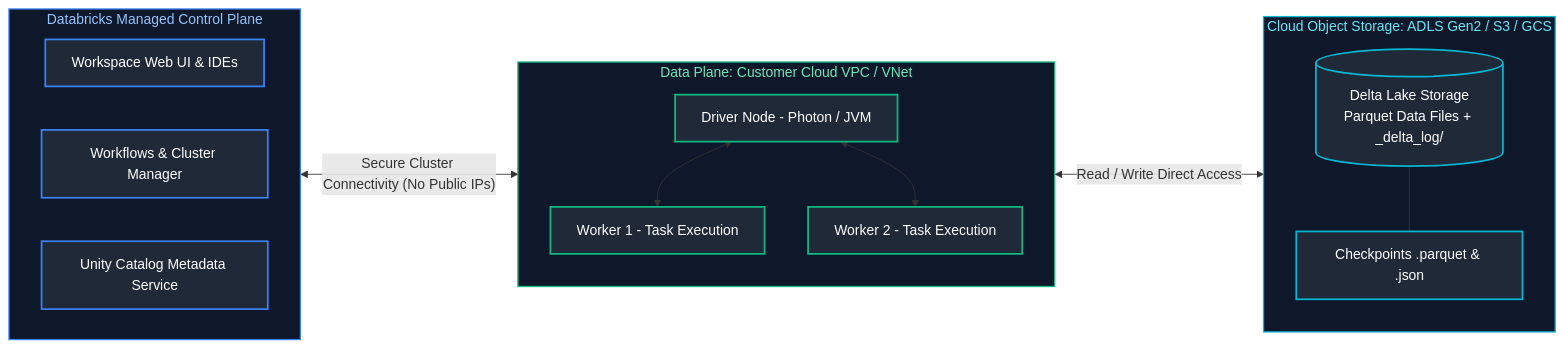
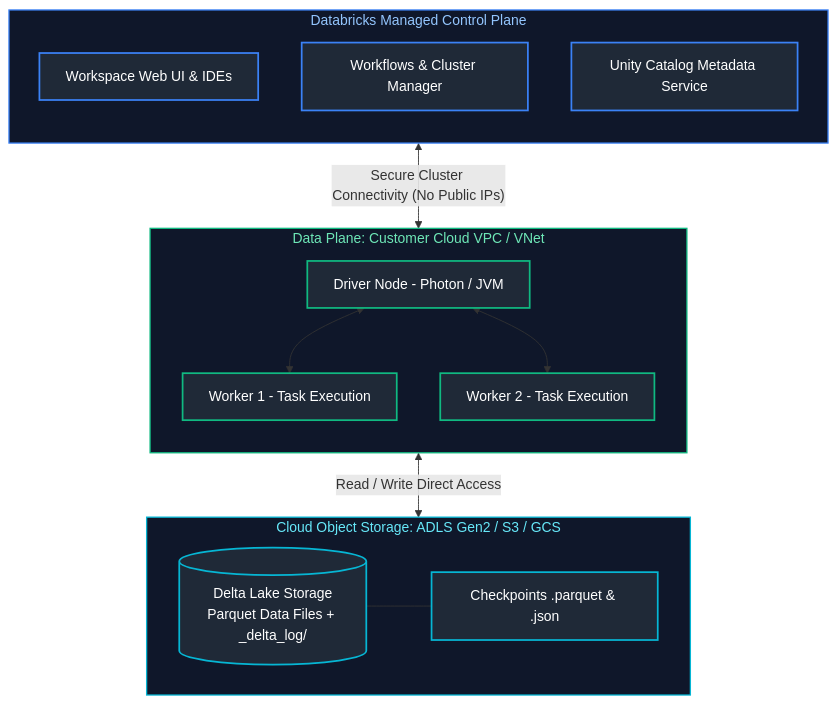
One commit to joydeep-biswas/Interview-Preparation changed the first of 18 diagrams in Data Engineering/09_databricks_and_delta_lake.md. Above: the diagram before and after it, drawn with Mermaid. The commit also changed other lines of this file and 143 other files, not shown here.

````diff
--- a/Data Engineering/09_databricks_and_delta_lake.md
+++ b/Data Engineering/09_databricks_and_delta_lake.md
@@ -9,41 +9,41 @@
 ```mermaid
-flowchart LR
+flowchart TD
     subgraph ControlPlane ["Databricks Managed Control Plane"]
-        direction LR
+        direction TD
         UI["Workspace Web UI & IDEs"]
         JobMgr["Workflows & Cluster Manager"]
         CatalogServ["Unity Catalog Metadata Service"]
     end
 
     subgraph DataPlane ["Data Plane: Customer Cloud VPC / VNet"]
         direction TB
         Driver["Driver Node - Photon / JVM"]
         W1["Worker 1 - Task Execution"]
         W2["Worker 2 - Task Execution"]
         Driver <--> W1
         Driver <--> W2
     end
 
     subgraph CloudObjectStorage ["Cloud Object Storage: ADLS Gen2 / S3 / GCS"]
-        direction TB
+        direction LR
         DeltaTable[("Delta Lake Storage<br/>Parquet Data Files + _delta_log/")]
         Checkpoints["Checkpoints .parquet & .json"]
         DeltaTable --- Checkpoints
     end
 
     ControlPlane <--> |"Secure Cluster Connectivity (No Public IPs)"| DataPlane
     DataPlane <--> |"Read / Write Direct Access"| CloudObjectStorage
 
     style ControlPlane fill:#0f172a,stroke:#3b82f6,stroke-width:1.5px,color:#93c5fd
     style DataPlane fill:#0f172a,stroke:#10b981,stroke-width:1.5px,color:#6ee7b7
     style CloudObjectStorage fill:#0f172a,stroke:#06b6d4,stroke-width:1.5px,color:#67e8f9
 
     style UI fill:#1f2937,stroke:#3b82f6,stroke-width:2px,color:#fff
     style JobMgr fill:#1f2937,stroke:#3b82f6,stroke-width:2px,color:#fff
     style CatalogServ fill:#1f2937,stroke:#3b82f6,stroke-width:2px,color:#fff
     style Driver fill:#1f2937,stroke:#10b981,stroke-width:2px,color:#fff
     style W1 fill:#1f2937,stroke:#10b981,stroke-width:2px,color:#fff
     style W2 fill:#1f2937,stroke:#10b981,stroke-width:2px,color:#fff
     style DeltaTable fill:#1f2937,stroke:#06b6d4,stroke-width:2px,color:#fff
     style Checkpoints fill:#1f2937,stroke:#06b6d4,stroke-width:2px,color:#fff
 ```
````
